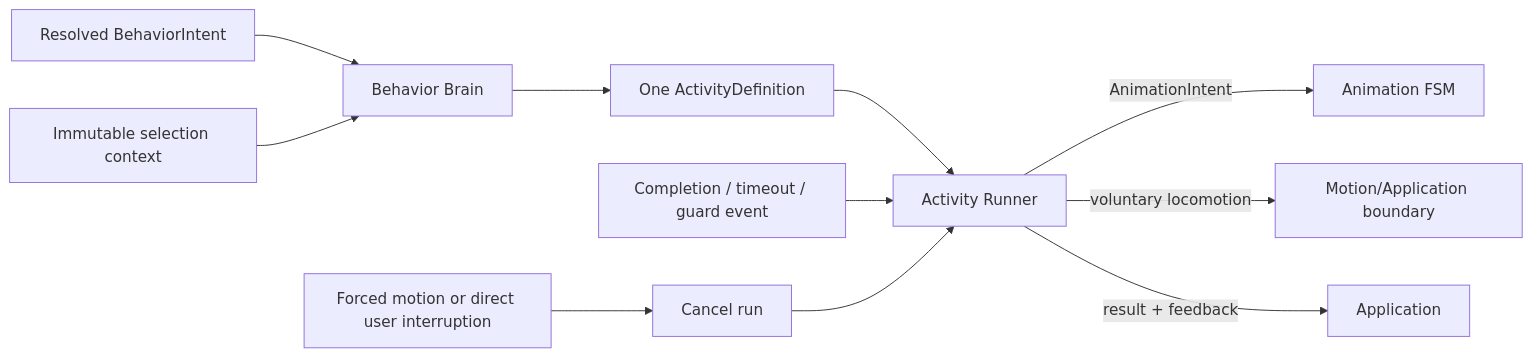
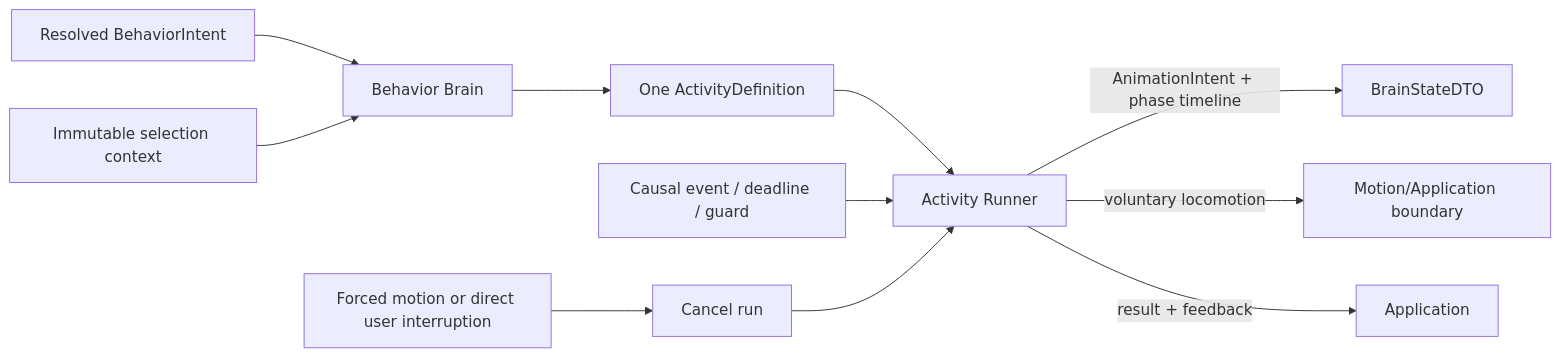
Before and after one commit to zyzycode/project_wisp: the diagram in docs/engine/ACTIVITY_ENGINE.md, drawn with Mermaid. The commit also changed other lines of this file and 12 other files, not shown here.

Commit message:
feat(architect): define Brain Body Skin contracts (AUTO-A08)

````diff
--- a/docs/engine/ACTIVITY_ENGINE.md
+++ b/docs/engine/ACTIVITY_ENGINE.md
@@ -15,13 +15,13 @@
 ```mermaid
 flowchart LR
   R[Resolved BehaviorIntent] --> B[Behavior Brain]
   S[Immutable selection context] --> B
   B --> D[One ActivityDefinition]
   D --> A[Activity Runner]
-  A -->|AnimationIntent| F[Animation FSM]
+  A -->|AnimationIntent + phase timeline| BS[BrainStateDTO]
   A -->|voluntary locomotion| M[Motion/Application boundary]
-  E[Completion / timeout / guard event] --> A
+  E[Causal event / deadline / guard] --> A
   P[Forced motion or direct user interruption] --> C[Cancel run]
   C --> A
   A -->|result + feedback| O[Application]
 ```
````
